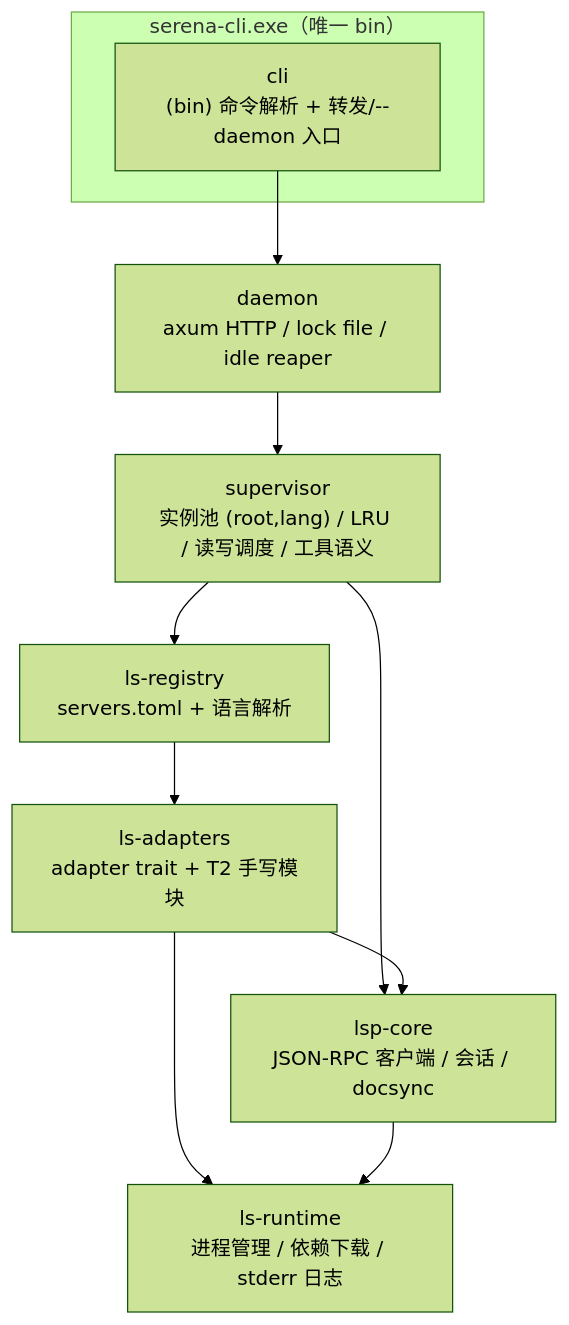
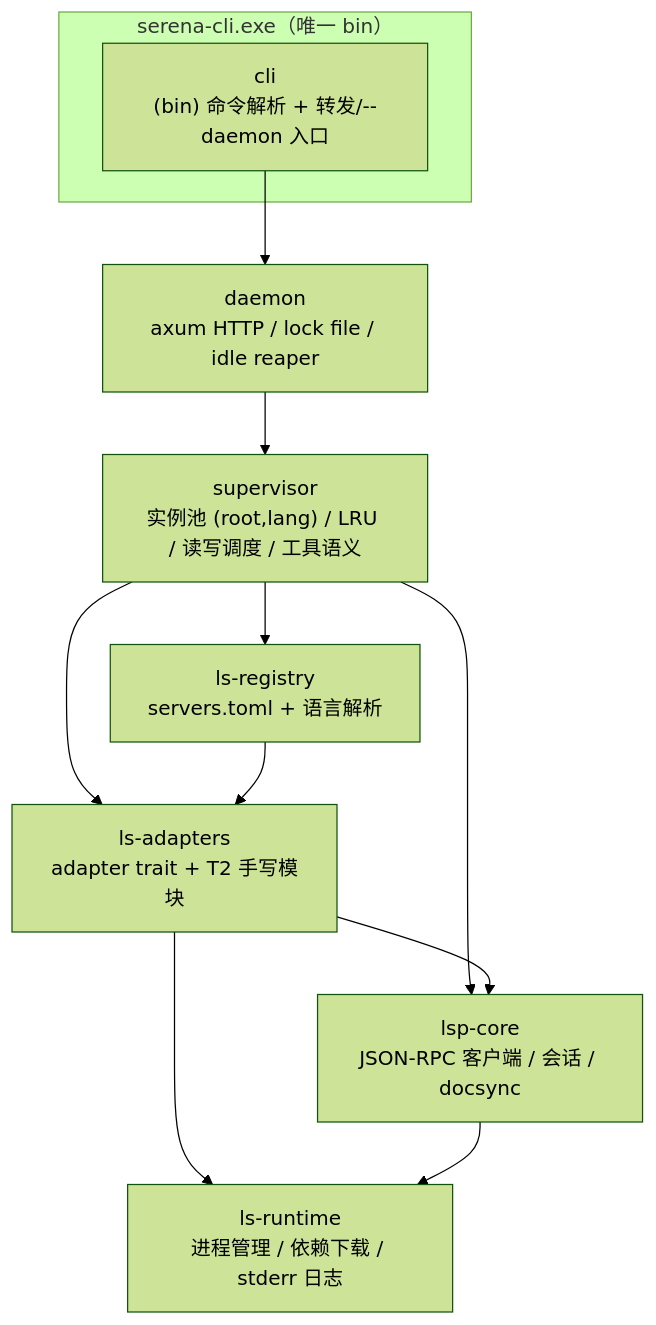
Before and after one commit to Be90nia/serena-cli: the first of 8 diagrams in ARCHITECTURE.md, drawn with Mermaid (forest theme). The commit also changed other lines of this file and 3 other files, not shown here.

First line of the commit message:
docs: design-conformance 14 条清单落实（ARCHITECTURE 恢复唯一事实源）

````diff
--- a/ARCHITECTURE.md
+++ b/ARCHITECTURE.md
@@ -12,20 +12,21 @@
 ```mermaid
 graph TB
     subgraph 单一可执行["serena-cli.exe（唯一 bin）"]
         CLI["cli<br/>(bin) 命令解析 + 转发/--daemon 入口"]
     end
     CLI --> DAEMON
     DAEMON["daemon<br/>axum HTTP / lock file / idle reaper"]
     DAEMON --> SUP
     SUP["supervisor<br/>实例池 (root,lang) / LRU / 读写调度 / 工具语义"]
     SUP --> REG
+    SUP --> ADP
     SUP --> CORE
     REG["ls-registry<br/>servers.toml + 语言解析"]
     REG --> ADP
     ADP["ls-adapters<br/>adapter trait + T2 手写模块"]
     ADP --> CORE
     ADP --> RT
     CORE["lsp-core<br/>JSON-RPC 客户端 / 会话 / docsync"]
     CORE --> RT
     RT["ls-runtime<br/>进程管理 / 依赖下载 / stderr 日志"]
 ```
````
